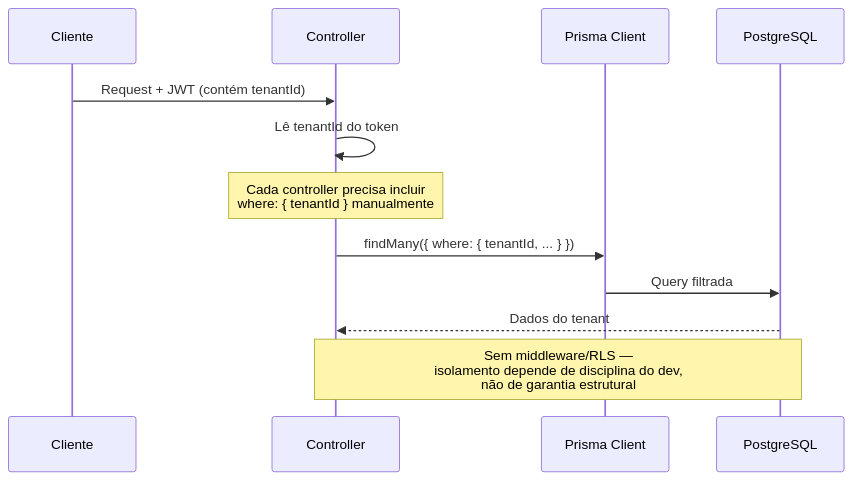
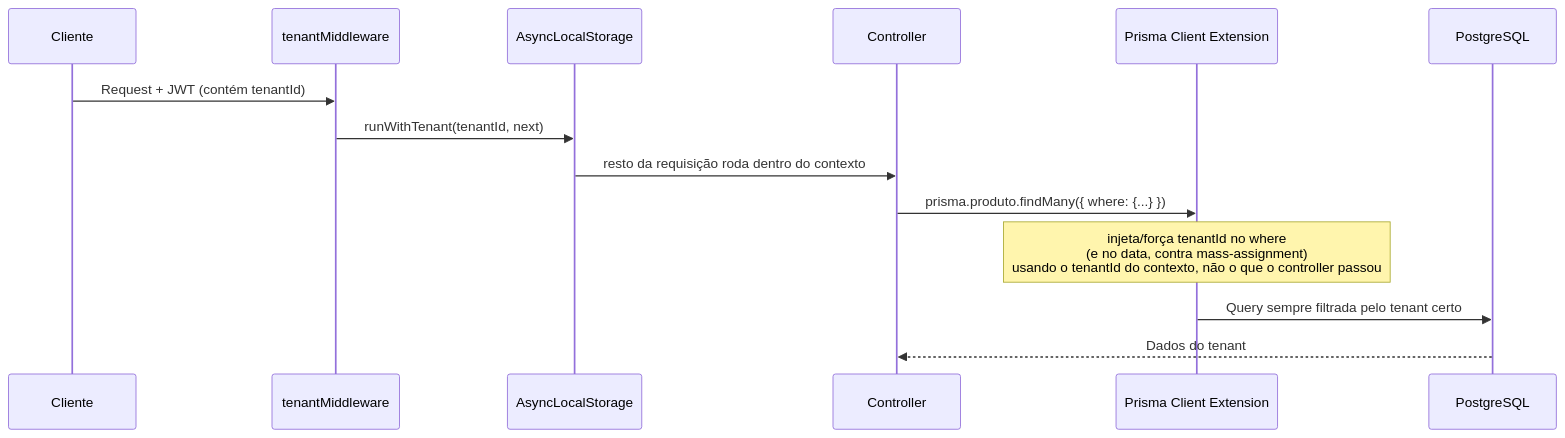
One commit to RobersonCodes/Tiremax changed the second of 3 diagrams in README.md. Above: the diagram before and after it, drawn with Mermaid. The commit also changed other lines of this file and 3 other files, not shown here.

First line of the commit message:
docs: adiciona CHANGELOG.md, versiona 1.1.0 e fecha o roadmap no README

````diff
--- a/README.md
+++ b/README.md
@@ -91,15 +91,17 @@
 ```mermaid
 sequenceDiagram
     participant C as Cliente
+    participant MW as tenantMiddleware
+    participant Ctx as AsyncLocalStorage
     participant Ctrl as Controller
-    participant Prisma as Prisma Client
+    participant Ext as Prisma Client Extension
     participant DB as PostgreSQL
 
-    C->>Ctrl: Request + JWT (contém tenantId)
-    Ctrl->>Ctrl: Lê tenantId do token
-    Note over Ctrl: Cada controller precisa incluir<br/>where: { tenantId } manualmente
-    Ctrl->>Prisma: findMany({ where: { tenantId, ... } })
-    Prisma->>DB: Query filtrada
+    C->>MW: Request + JWT (contém tenantId)
+    MW->>Ctx: runWithTenant(tenantId, next)
+    Ctx->>Ctrl: resto da requisição roda dentro do contexto
+    Ctrl->>Ext: prisma.produto.findMany({ where: {...} })
+    Note over Ext: injeta/força tenantId no where<br/>(e no data, contra mass-assignment)<br/>usando o tenantId do contexto, não o que o controller passou
+    Ext->>DB: Query sempre filtrada pelo tenant certo
     DB-->>Ctrl: Dados do tenant
-    Note over Ctrl,DB: Sem middleware/RLS —<br/>isolamento depende de disciplina do dev,<br/>não de garantia estrutural
 ```
````
